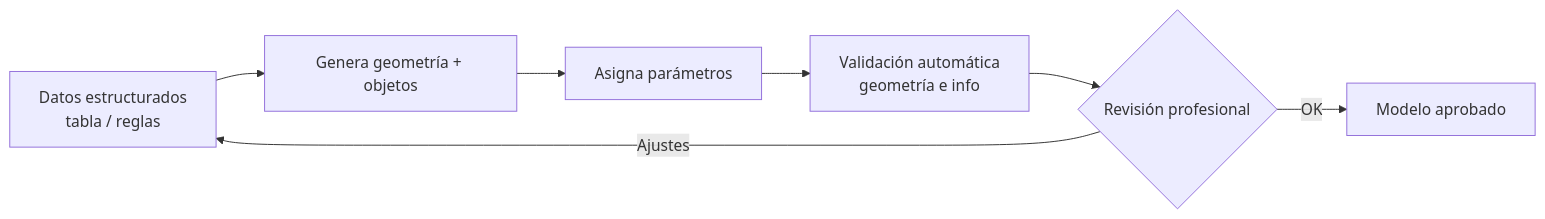
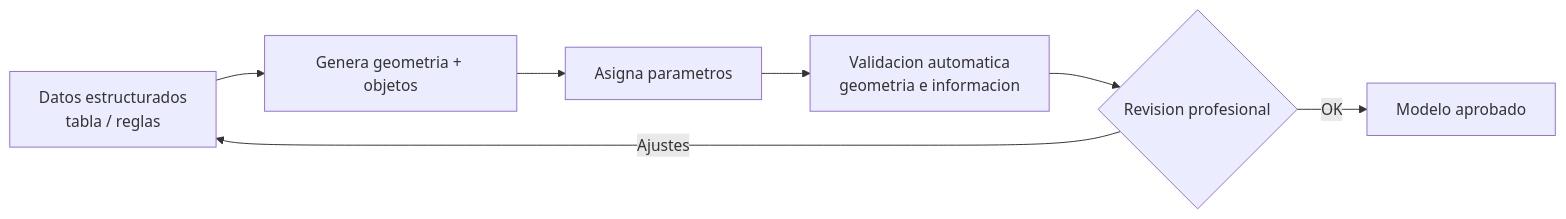
One commit to puyojulian-ascend/DiplomadoBIM.IA changed the second of 2 diagrams in docs/sessions/08-diseno-generativo.md. Above: the diagram before and after it, drawn with Mermaid. The commit also changed other lines of this file and 30 other files, not shown here.

````diff
--- a/docs/sessions/08-diseno-generativo.md
+++ b/docs/sessions/08-diseno-generativo.md
@@ -171,9 +262,9 @@
 ```mermaid
 flowchart LR
-    A[Datos estructurados<br/>tabla / reglas] --> B[Genera geometría + objetos]
-    B --> C[Asigna parámetros]
-    C --> D[Validación automática<br/>geometría e info]
-    D --> E{Revisión profesional}
+    A[Datos estructurados<br/>tabla / reglas] --> B[Genera geometria + objetos]
+    B --> C[Asigna parametros]
+    C --> D[Validacion automatica<br/>geometria e informacion]
+    D --> E{Revision profesional}
     E -- OK --> F[Modelo aprobado]
     E -- Ajustes --> A
 ```
````
